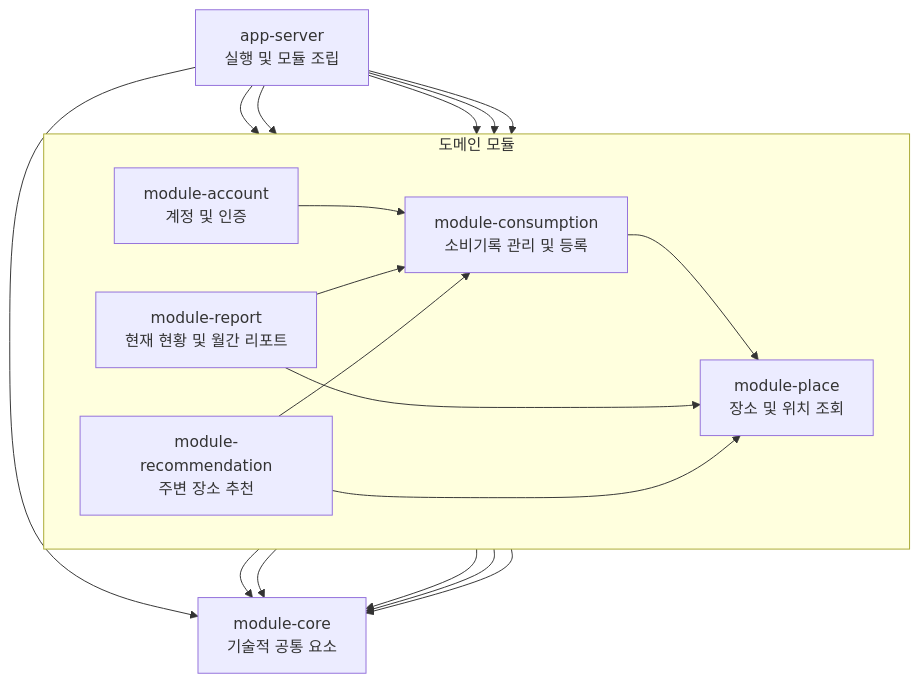
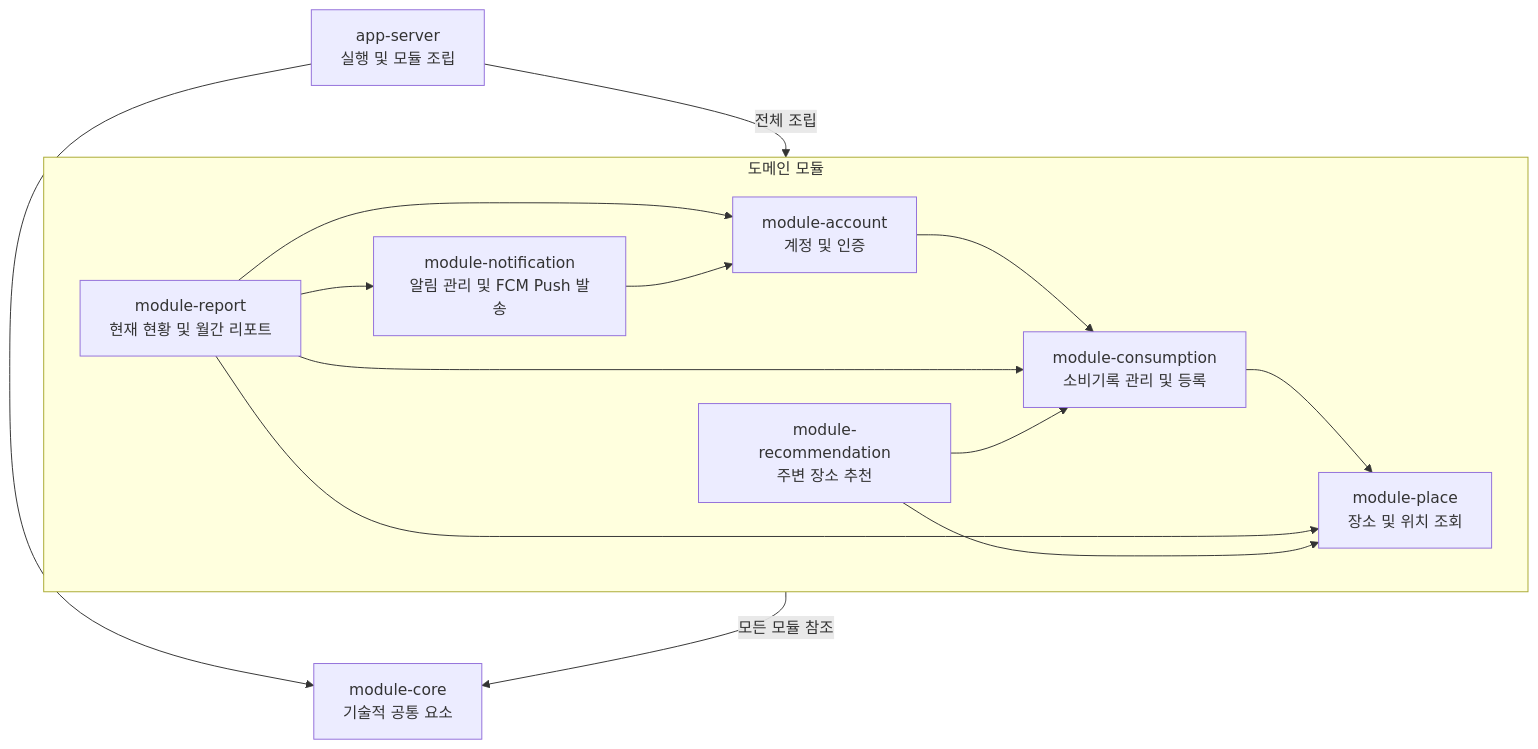
Before and after one commit to dnd-side-project/dnd-15th-5-backend: the second of 3 diagrams in docs/architecture.md, drawn with Mermaid. The commit also changed other lines of this file, not shown here.

````diff
--- a/docs/architecture.md
+++ b/docs/architecture.md
@@ -195,34 +205,30 @@
 ```mermaid
 flowchart TB
     App["app-server<br/>실행 및 모듈 조립"]
 
     subgraph DomainModules["도메인 모듈"]
         direction LR
         Account["module-account<br/>계정 및 인증"]
+        Report["module-report<br/>현재 현황 및 월간 리포트"]
+        Recommendation["module-recommendation<br/>주변 장소 추천"]
         Consumption["module-consumption<br/>소비기록 관리 및 등록"]
-        Report["module-report<br/>현재 현황 및 월간 리포트"]
         Place["module-place<br/>장소 및 위치 조회"]
-        Recommendation["module-recommendation<br/>주변 장소 추천"]
+        Notification["module-notification<br/>알림 관리 및 FCM Push 발송"]
+
+        Account --> Consumption
+        Consumption --> Place
+        Report --> Consumption
+        Report --> Place
+        Report --> Account
+        Report --> Notification
+        Notification --> Account
+        Recommendation --> Consumption
+        Recommendation --> Place
     end
 
     Core["module-core<br/>기술적 공통 요소"]
 
-    App --> Account
-    App --> Consumption
-    App --> Report
-    App --> Place
-    App --> Recommendation
+    App -->|"전체 조립"| DomainModules
     App --> Core
-
-    Account --> Consumption
-    Account --> Core
-    Consumption --> Place
-    Consumption --> Core
-    Report --> Consumption
-    Report --> Place
-    Report --> Core
-    Place --> Core
-    Recommendation --> Consumption
-    Recommendation --> Place
-    Recommendation --> Core
+    DomainModules -->|"모든 모듈 참조"| Core
 ```
````
